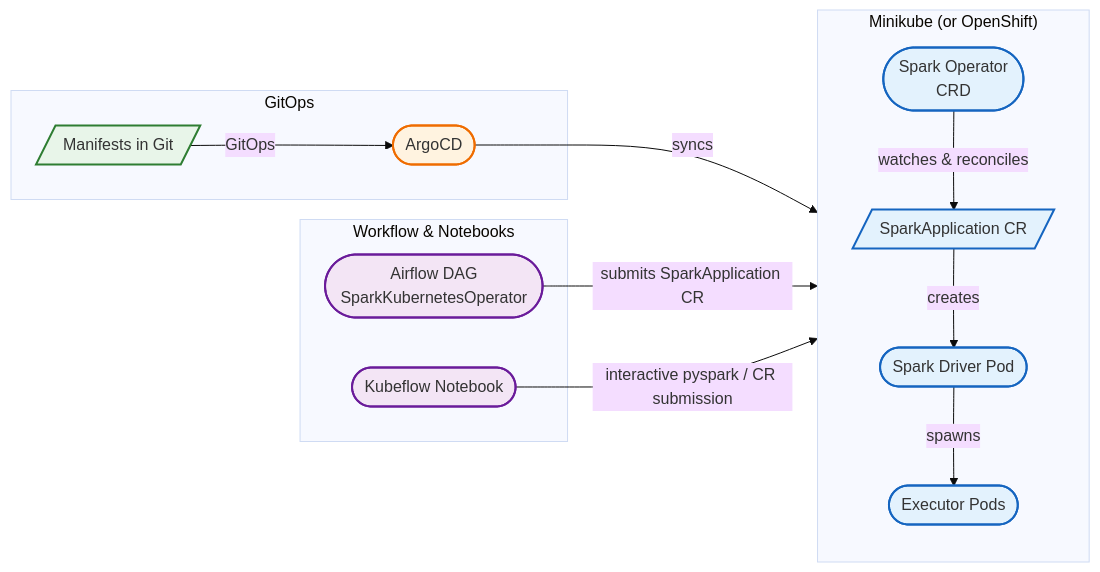
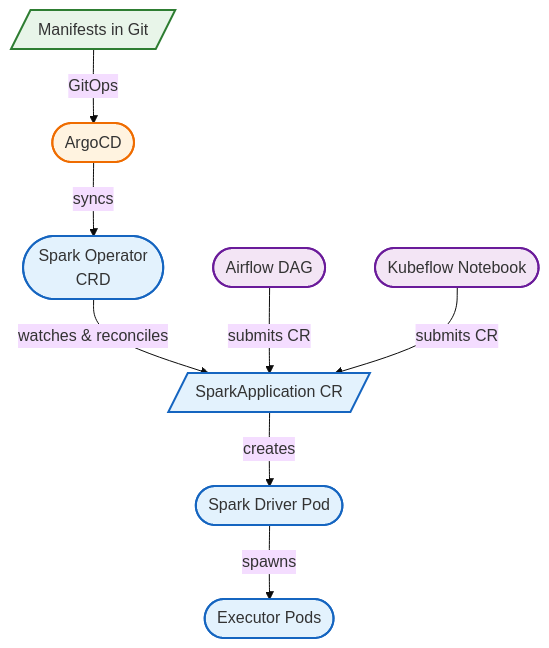
The first of 2 diagrams in README.md (rilov/sparkonkube), drawn with Mermaid (base theme) before and after one commit. The commit also changed other lines of this file, not shown here.

Commit message:
docs: improve Mermaid diagram readability and layout

````diff
--- a/README.md
+++ b/README.md
@@ -14,37 +14,29 @@
 ```mermaid
-flowchart LR
-    subgraph "GitOps"
-        M[/Manifests in Git/]
-        A([ArgoCD])
-    end
-
-    subgraph "Minikube (or OpenShift)"
-        direction TB
-        S([Spark Operator<br/>CRD])
-        CR[/SparkApplication CR/]
-        D([Spark Driver Pod])
-        E([Executor Pods])
-    end
-
-    subgraph "Workflow & Notebooks"
-        W([Airflow DAG<br/>SparkKubernetesOperator])
-        N([Kubeflow Notebook])
-    end
+%%{init: { 'flowchart': { 'useMaxWidth': true } }}%%
+flowchart TD
+    M[/Manifests in Git/]
+    A([ArgoCD])
+    S([Spark Operator<br/>CRD])
+    CR[/SparkApplication CR/]
+    D([Spark Driver Pod])
+    E([Executor Pods])
+    W([Airflow DAG])
+    N([Kubeflow Notebook])
 
     M -->|GitOps| A
     A -->|syncs| S
     S -->|watches & reconciles| CR
     CR -->|creates| D
     D -->|spawns| E
-    W -->|submits SparkApplication CR| CR
-    N -->|interactive pyspark / CR submission| CR
+    W -->|submits CR| CR
+    N -->|submits CR| CR
 
     classDef git fill:#e8f5e9,stroke:#2e7d32,stroke-width:2px
     classDef argo fill:#fff3e0,stroke:#ef6c00,stroke-width:2px
     classDef spark fill:#e3f2fd,stroke:#1565c0,stroke-width:2px
     classDef work fill:#f3e5f5,stroke:#6a1b9a,stroke-width:2px
     class M git
     class A argo
     class S,CR,D,E spark
     class W,N work
 ```
````
